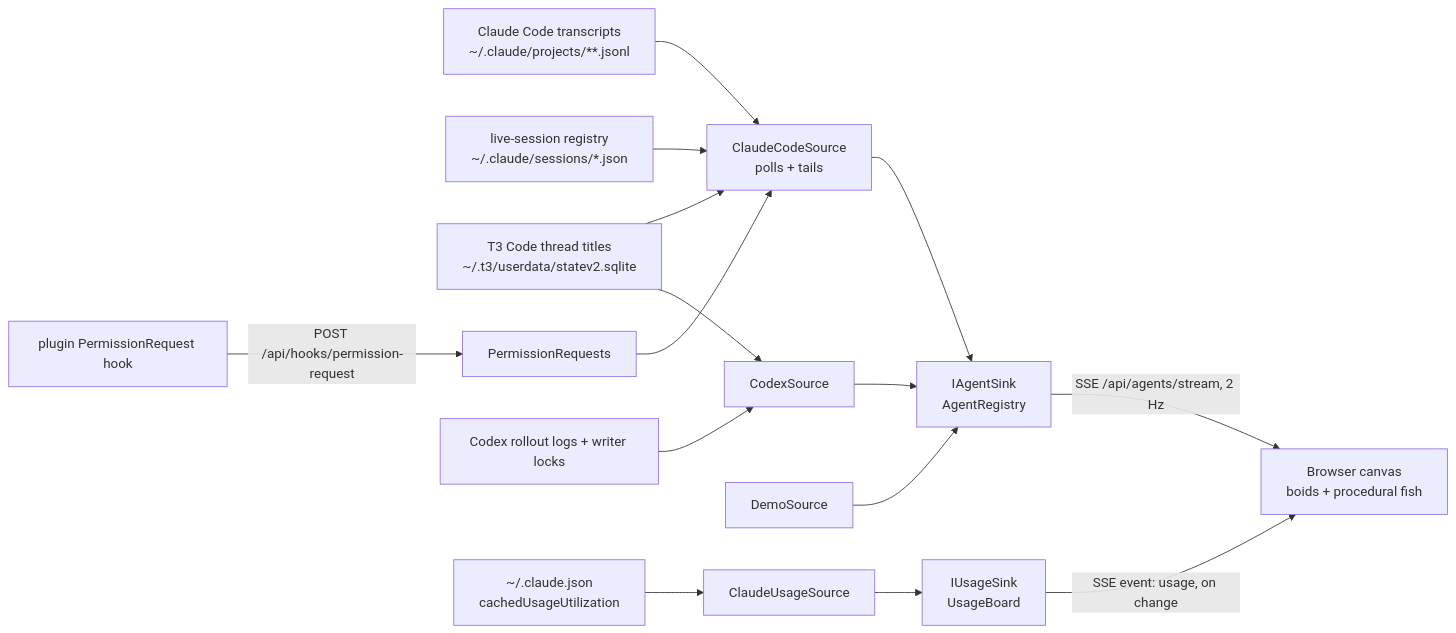
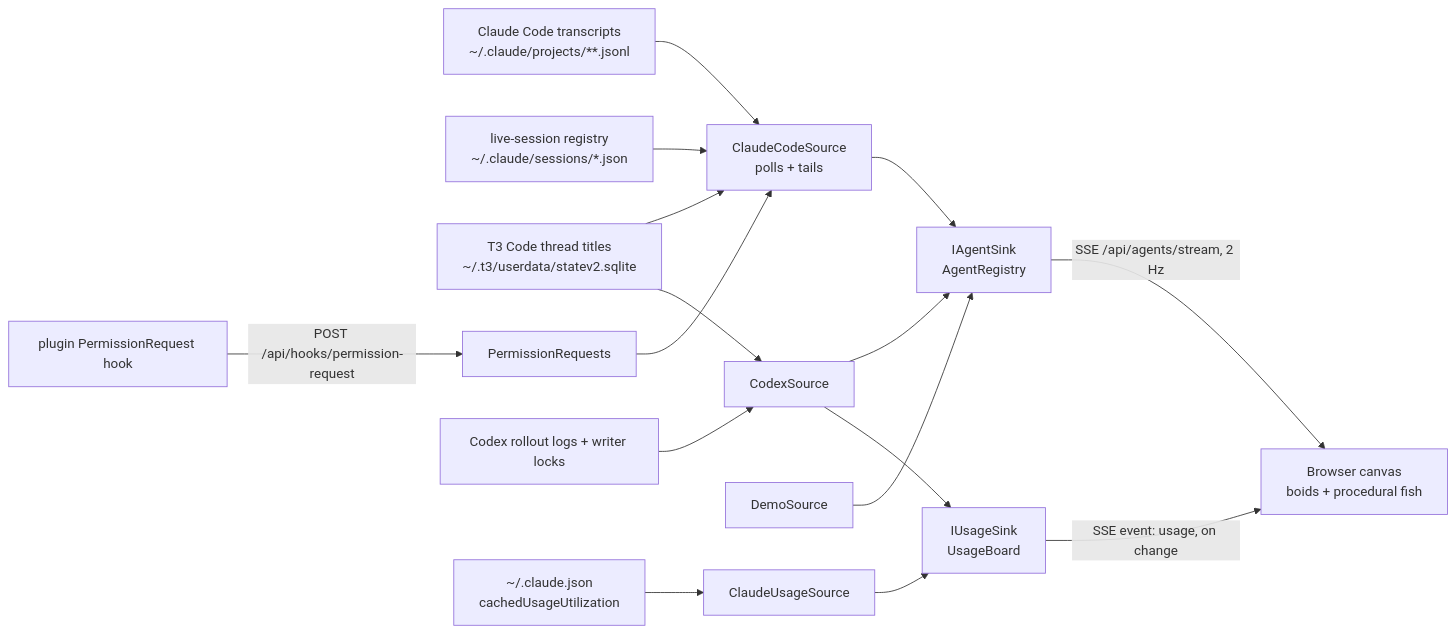
The diagram in README.md (guyvdn/AgentAquarium), drawn with Mermaid before and after one commit. The commit also changed other lines of this file and 27 other files, not shown here.

````diff
--- a/README.md
+++ b/README.md
@@ -82,14 +86,15 @@
 ```mermaid
 flowchart LR
   T[Claude Code transcripts<br/>~/.claude/projects/**.jsonl] --> CC[ClaudeCodeSource<br/>polls + tails]
   L[live-session registry<br/>~/.claude/sessions/*.json] --> CC
   T3[T3 Code thread titles<br/>~/.t3/userdata/statev2.sqlite] --> CC
   H[plugin PermissionRequest hook] -->|POST /api/hooks/permission-request| PR[PermissionRequests] --> CC
   CX[Codex rollout logs + writer locks] --> CS[CodexSource] --> S
   T3 --> CS
   D[DemoSource] --> S
   CC --> S[IAgentSink<br/>AgentRegistry]
   U[~/.claude.json<br/>cachedUsageUtilization] --> CU[ClaudeUsageSource] --> UB[IUsageSink<br/>UsageBoard]
+  CS --> UB
   S -->|SSE /api/agents/stream, 2 Hz| B[Browser canvas<br/>boids + procedural fish]
   UB -->|SSE event: usage, on change| B
 ```
````
